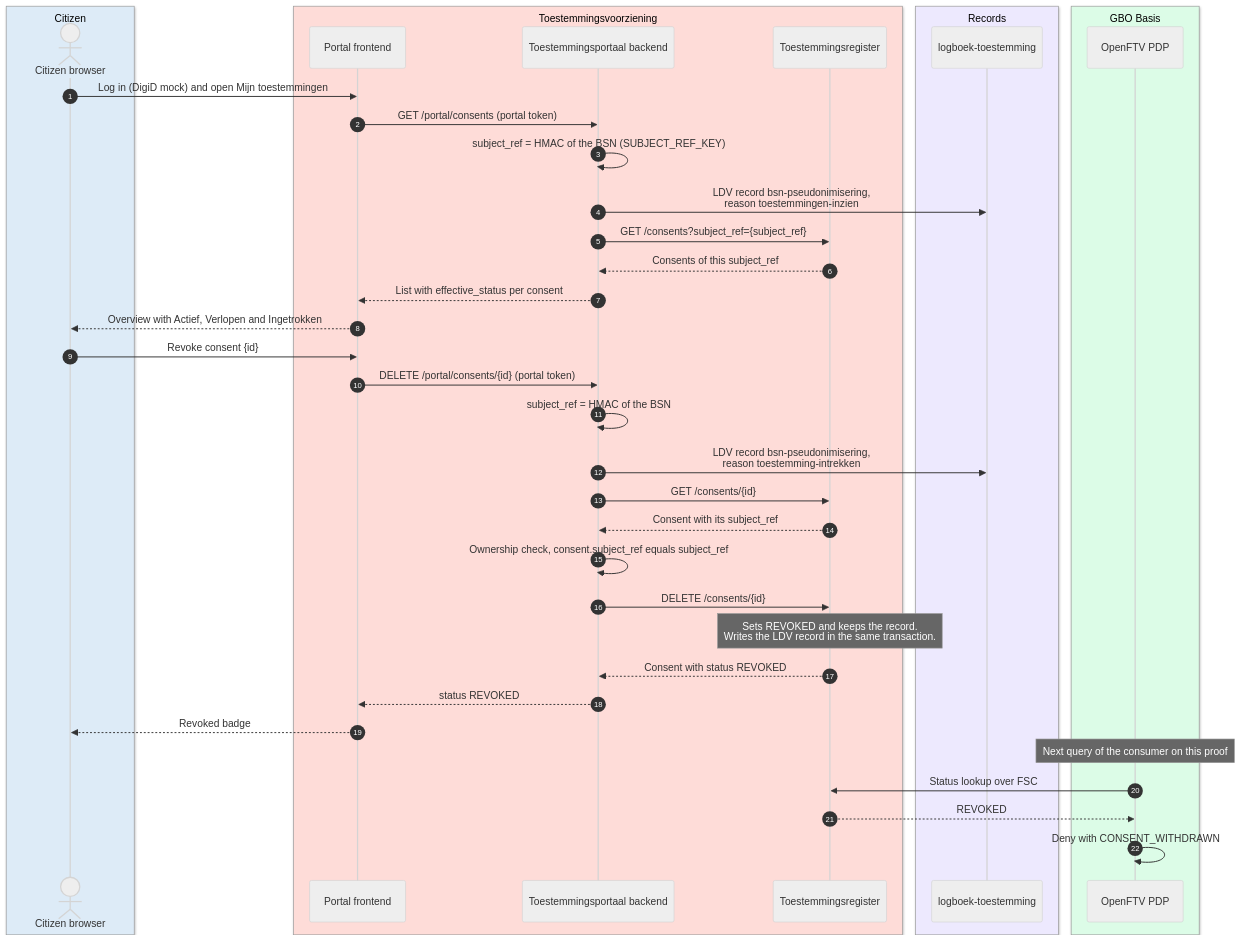
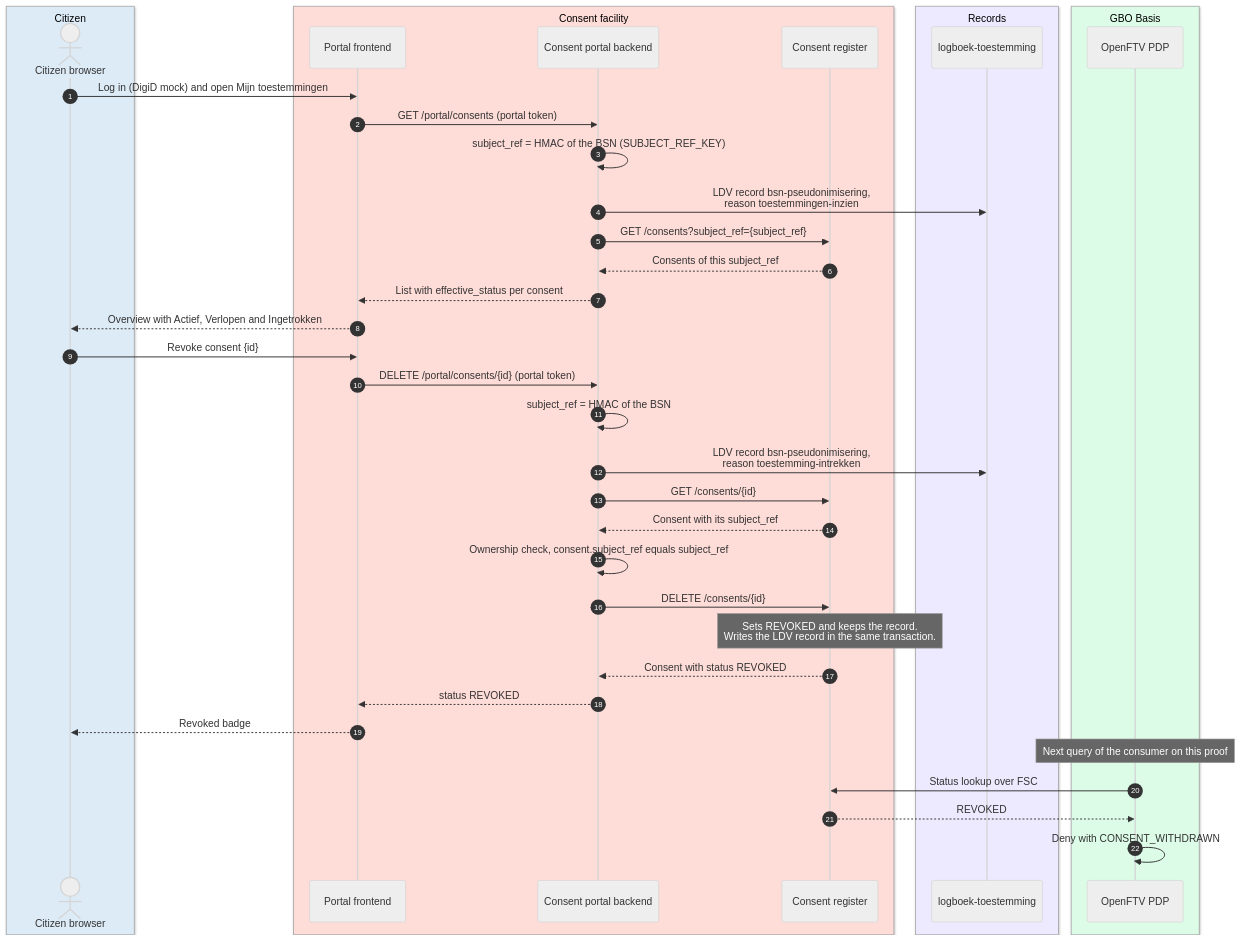
One commit to ICTU/GBO-TO changed the diagram in docs/runtime/dvtp-citizen-access.md. Above: the diagram before and after it, drawn with Mermaid (neutral theme). The commit also changed other lines of this file and 82 other files, not shown here.

````diff
--- a/docs/runtime/dvtp-citizen-access.md
+++ b/docs/runtime/dvtp-citizen-access.md
@@ -17,43 +17,43 @@
 ```mermaid
 sequenceDiagram
     autonumber
     box rgb(221,235,247) Citizen
       actor B as Citizen browser
     end
-    box rgb(254,220,216) Toestemmingsvoorziening
+    box rgb(254,220,216) Consent facility
       participant PF as Portal frontend
-      participant PB as Toestemmingsportaal backend
-      participant CR as Toestemmingsregister
+      participant PB as Consent portal backend
+      participant CR as Consent register
     end
     box rgb(237,233,254) Records
       participant LB as logboek-toestemming
     end
     box rgb(220,252,231) GBO Basis
       participant PDP as OpenFTV PDP
     end
 
     B->>PF: Log in (DigiD mock) and open Mijn toestemmingen
     PF->>PB: GET /portal/consents (portal token)
     PB->>PB: subject_ref = HMAC of the BSN (SUBJECT_REF_KEY)
     PB->>LB: LDV record bsn-pseudonimisering,<br/>reason toestemmingen-inzien
     PB->>CR: GET /consents?subject_ref={subject_ref}
     CR-->>PB: Consents of this subject_ref
     PB-->>PF: List with effective_status per consent
     PF-->>B: Overview with Actief, Verlopen and Ingetrokken
     B->>PF: Revoke consent {id}
     PF->>PB: DELETE /portal/consents/{id} (portal token)
     PB->>PB: subject_ref = HMAC of the BSN
     PB->>LB: LDV record bsn-pseudonimisering,<br/>reason toestemming-intrekken
     PB->>CR: GET /consents/{id}
     CR-->>PB: Consent with its subject_ref
     PB->>PB: Ownership check, consent.subject_ref equals subject_ref
     PB->>CR: DELETE /consents/{id}
     Note over CR: Sets REVOKED and keeps the record.<br/>Writes the LDV record in the same transaction.
     CR-->>PB: Consent with status REVOKED
     PB-->>PF: status REVOKED
     PF-->>B: Revoked badge
     Note over PDP: Next query of the consumer on this proof
     PDP->>CR: Status lookup over FSC
     CR-->>PDP: REVOKED
     PDP->>PDP: Deny with CONSENT_WITHDRAWN
 ```
````
